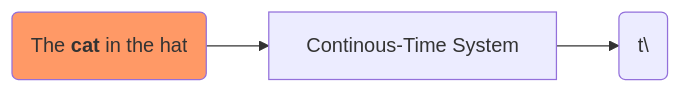
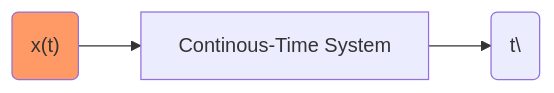
Before and after one commit to setrar/dsp: the diagram in signal-processing/kutz/README.md, drawn with Mermaid.

````diff
--- a/signal-processing/kutz/README.md
+++ b/signal-processing/kutz/README.md
@@ -50,7 +50,7 @@
 ```mermaid
 %%{init: {"flowchart": {"htmlLabels": false}} }%%
 flowchart LR
-    A("`The **cat** in the hat`"):::someclass -->B[Continous-Time System]
+    A("x(t)"):::someclass -->B[Continous-Time System]
     B-->y\(t\)
     classDef someclass fill:#f96
 ```
````
